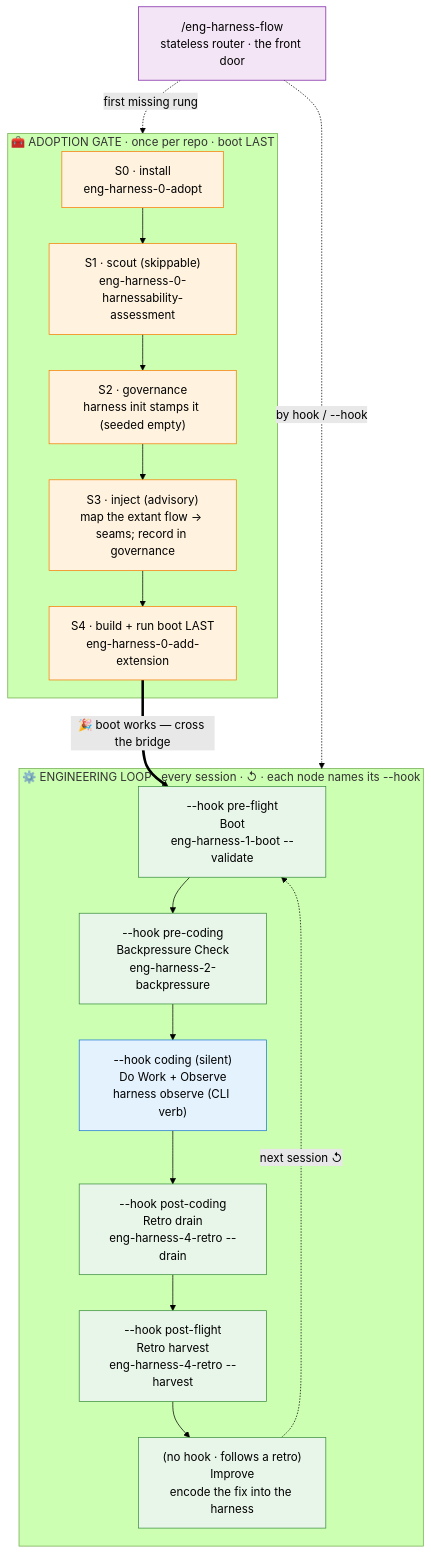
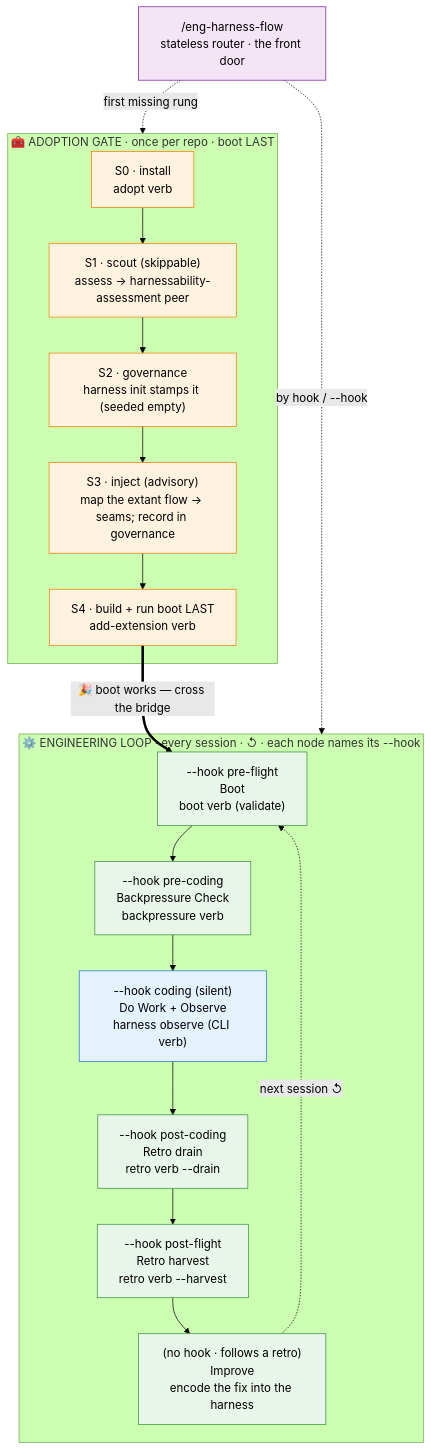
One commit to AI-Substrate/harness-engineering changed the first of 3 diagrams in skills/eng-harness-flow/references/getting-started.md. Above: the diagram before and after it, drawn with Mermaid (forest theme). The commit also changed other lines of this file and 5 other files, not shown here.

````diff
--- a/skills/eng-harness-flow/references/getting-started.md
+++ b/skills/eng-harness-flow/references/getting-started.md
@@ -20,33 +20,33 @@
 ```mermaid
 flowchart TB
     classDef setup fill:#fff3e0,stroke:#f57c00,color:#000
     classDef loop fill:#e8f5e9,stroke:#388e3c,color:#000
     classDef router fill:#f3e5f5,stroke:#7b1fa2,color:#000
     classDef verb fill:#e3f2fd,stroke:#1976d2,color:#000
 
     R["/eng-harness-flow<br/>stateless router · the front door"]:::router
 
     subgraph setupzone["🧰 ADOPTION GATE · once per repo · boot LAST"]
-        S0["S0 · install<br/>eng-harness-0-adopt"]:::setup
-        S1["S1 · scout (skippable)<br/>eng-harness-0-harnessability-assessment"]:::setup
+        S0["S0 · install<br/>adopt verb"]:::setup
+        S1["S1 · scout (skippable)<br/>assess → harnessability-assessment peer"]:::setup
         S2["S2 · governance<br/>harness init stamps it (seeded empty)"]:::setup
         S3["S3 · inject (advisory)<br/>map the extant flow → seams; record in governance"]:::setup
-        S4["S4 · build + run boot LAST<br/>eng-harness-0-add-extension"]:::setup
+        S4["S4 · build + run boot LAST<br/>add-extension verb"]:::setup
     end
 
     subgraph loopzone["⚙️ ENGINEERING LOOP · every session · ↺ · each node names its --hook"]
-        B["--hook pre-flight<br/>Boot<br/>eng-harness-1-boot --validate"]:::loop
-        BP["--hook pre-coding<br/>Backpressure Check<br/>eng-harness-2-backpressure"]:::loop
+        B["--hook pre-flight<br/>Boot<br/>boot verb (validate)"]:::loop
+        BP["--hook pre-coding<br/>Backpressure Check<br/>backpressure verb"]:::loop
         O["--hook coding (silent)<br/>Do Work + Observe<br/>harness observe (CLI verb)"]:::verb
-        RD["--hook post-coding<br/>Retro drain<br/>eng-harness-4-retro --drain"]:::loop
-        RH["--hook post-flight<br/>Retro harvest<br/>eng-harness-4-retro --harvest"]:::loop
+        RD["--hook post-coding<br/>Retro drain<br/>retro verb --drain"]:::loop
+        RH["--hook post-flight<br/>Retro harvest<br/>retro verb --harvest"]:::loop
         I["(no hook · follows a retro)<br/>Improve<br/>encode the fix into the harness"]:::loop
     end
 
     R -.->|first missing rung| setupzone
     R -.->|by hook / --hook| loopzone
     S0 --> S1 --> S2 --> S3 --> S4
     S4 ==>|"🎉 boot works — cross the bridge"| B
     B --> BP --> O --> RD --> RH --> I
     I -.->|next session ↺| B
 ```
````
